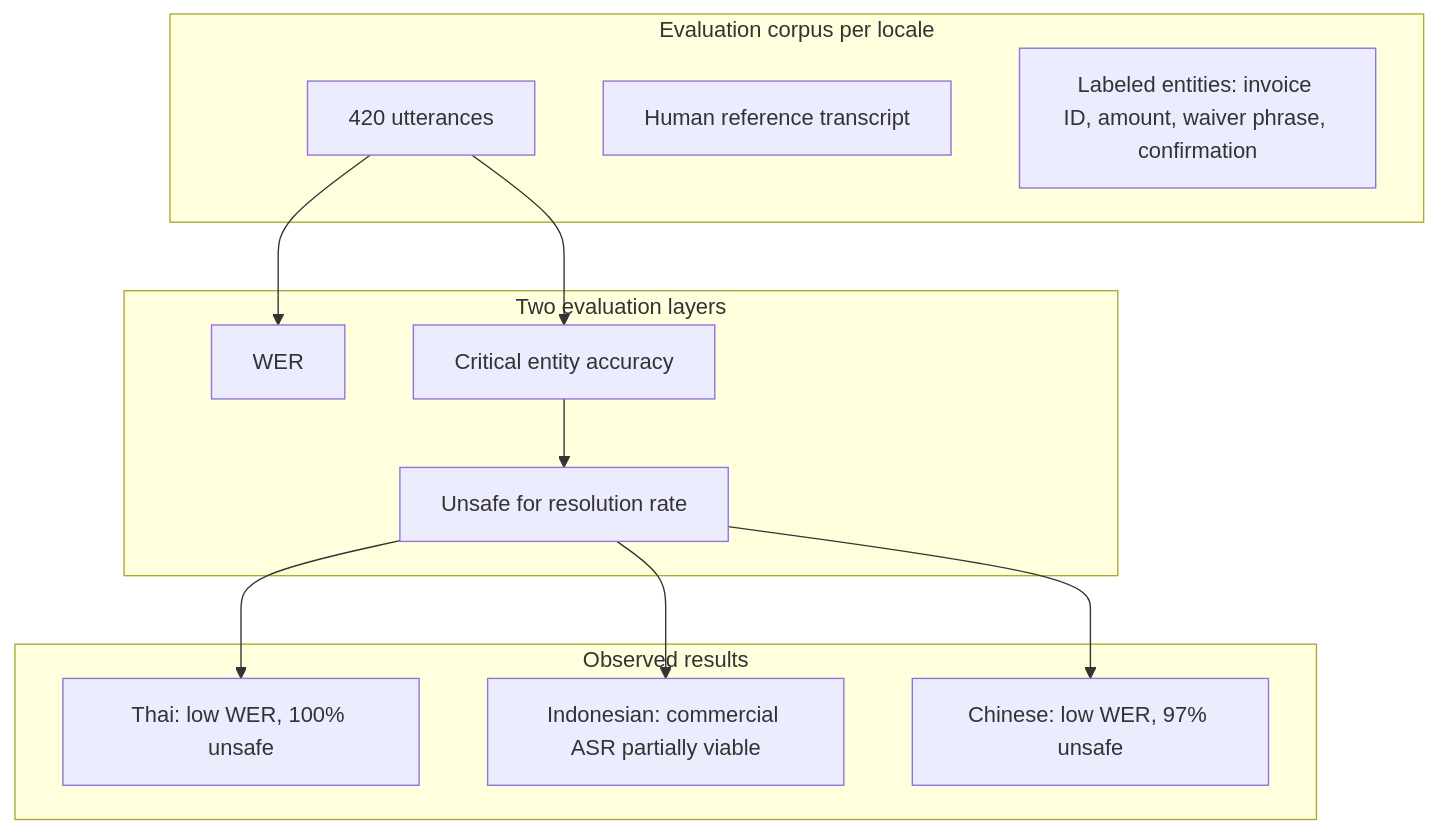
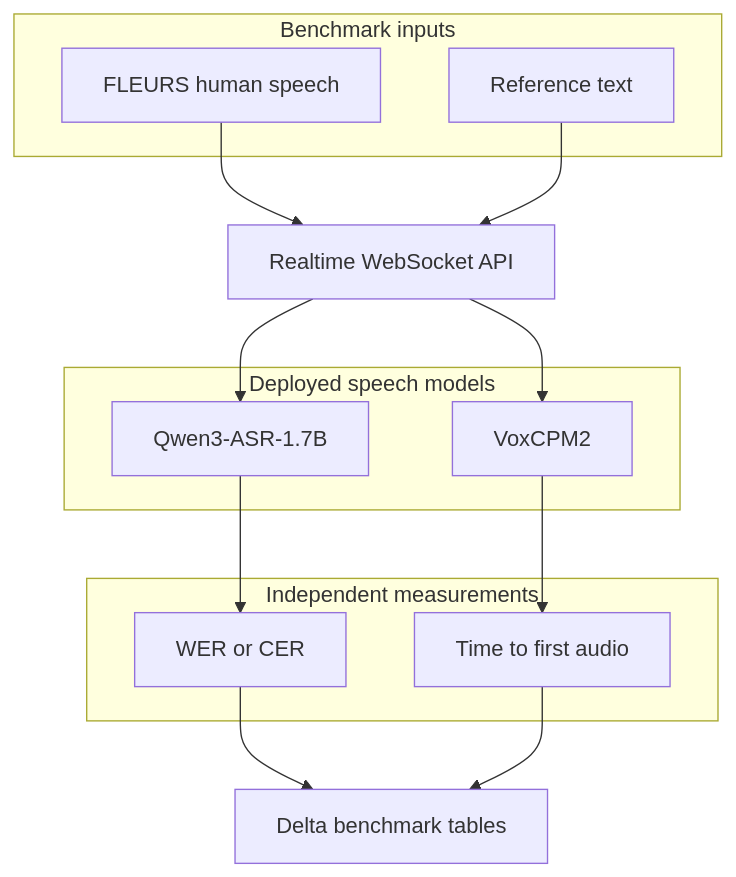
The diagram in docs/blog/genie-for-voice-use-cases.md (suneelsunkara-db/genie-voice-agent), drawn with Mermaid before and after one commit. The commit also changed other lines of this file and 18 other files, not shown here.

````diff
--- a/docs/blog/genie-for-voice-use-cases.md
+++ b/docs/blog/genie-for-voice-use-cases.md
@@ -183,27 +128,21 @@
 ```mermaid
 flowchart TB
-    subgraph inputs [Evaluation corpus per locale]
-        A[420 utterances]
-        B[Human reference transcript]
-        C[Labeled entities: invoice ID, amount, waiver phrase, confirmation]
+    subgraph inputs [Benchmark inputs]
+        A[FLEURS human speech]
+        E[Reference text]
     end
-
-    subgraph metrics [Two evaluation layers]
-        D[WER]
-        E[Critical entity accuracy]
-        F[Unsafe for resolution rate]
+    B[Realtime WebSocket API]
+    subgraph models [Deployed speech models]
+        C[Qwen3-ASR-1.7B]
+        F[VoxCPM2]
     end
-
-    subgraph outcomes [Observed results]
-        G[Thai: low WER, 100% unsafe]
-        H[Indonesian: commercial ASR partially viable]
-        I[Chinese: low WER, 97% unsafe]
+    subgraph measures [Independent measurements]
+        D[WER or CER]
+        G[Time to first audio]
     end
-
-    A --> D
-    A --> E
-    E --> F
-    F --> G
-    F --> H
-    F --> I
+    H[Delta benchmark tables]
+    A --> B
+    E --> B
+    B --> C --> D --> H
+    B --> F --> G --> H
 ```
````
